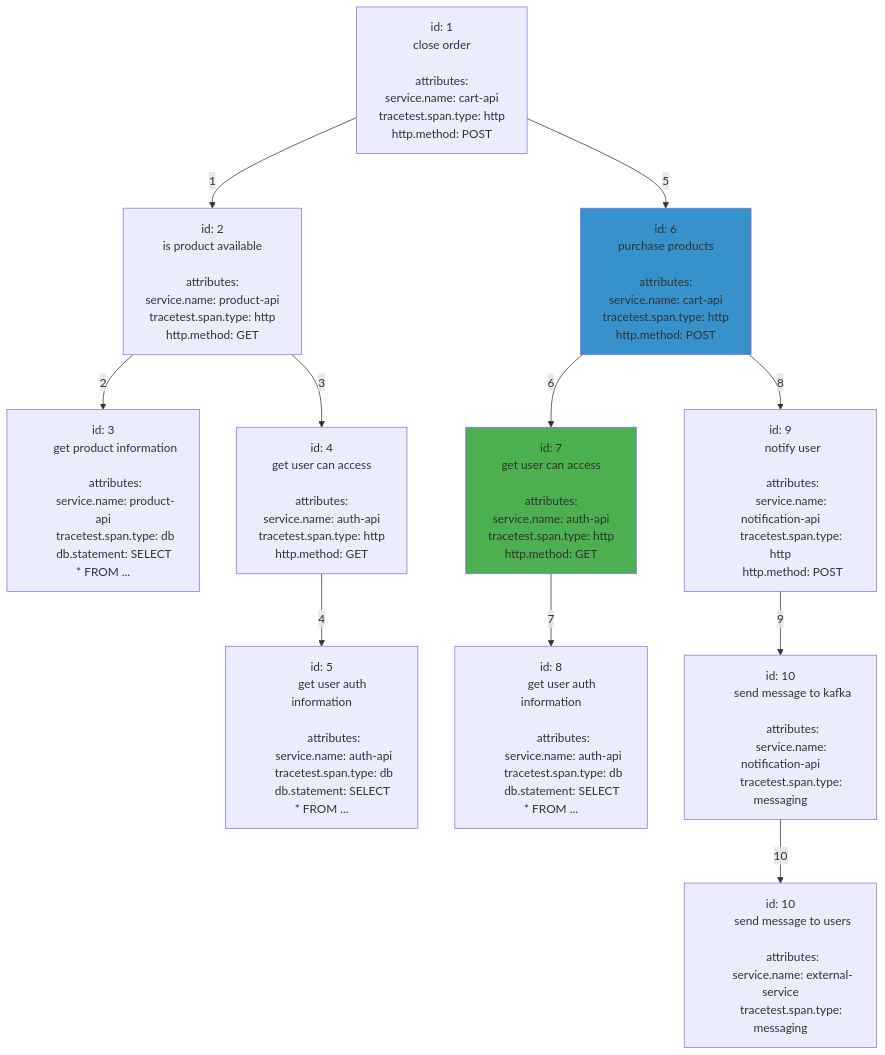
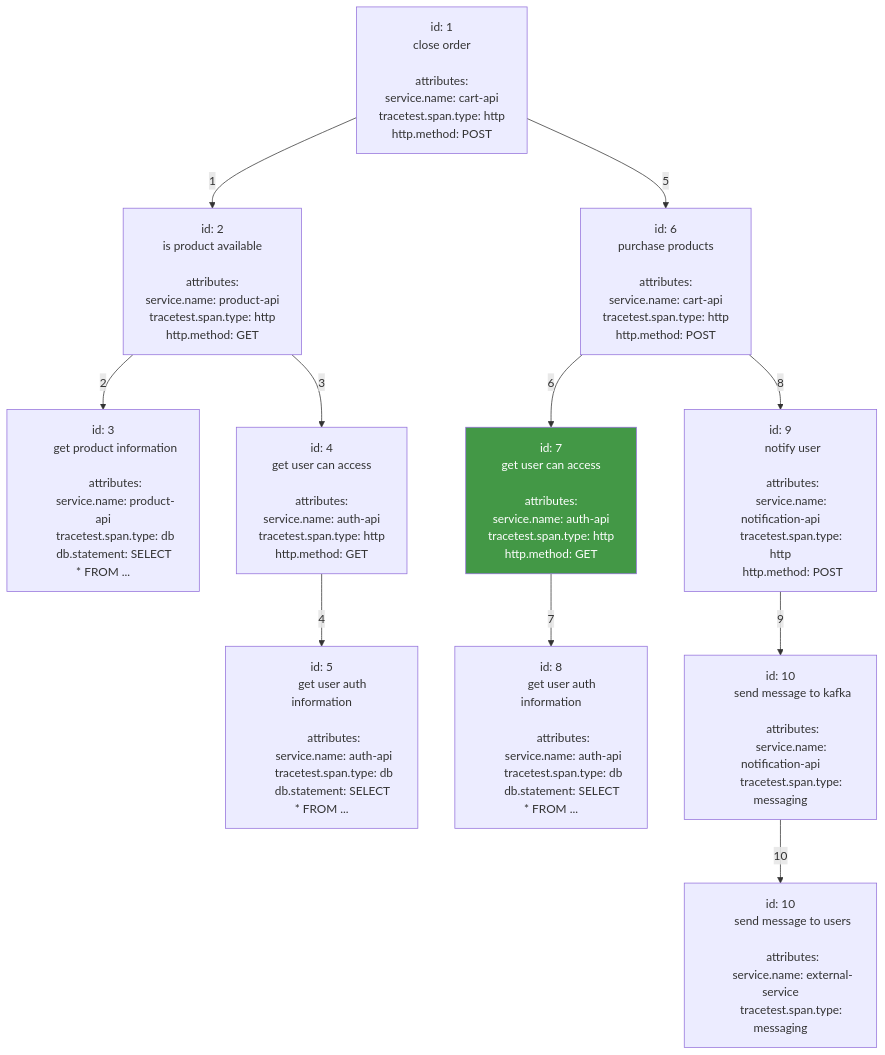
Diagram 12 of 12 in docs/advanced-selectors.md (kubeshop/tracetest), drawn with Mermaid before and after one commit. The commit also changed other lines of this file, not shown here.

````diff
--- a/docs/advanced-selectors.md
+++ b/docs/advanced-selectors.md
@@ -1350,6 +1356,6 @@
     F:::parentSpan
     G:::selectedSpan
 
-    classDef selectedSpan fill:#4CAF50
-    classDef parentSpan fill:#3792cb
+    classDef selectedSpan fill:#439846, color:#ffffff
+    classDef candidateSpan fill:#FF6905, color:#ffffff
 ```
````
